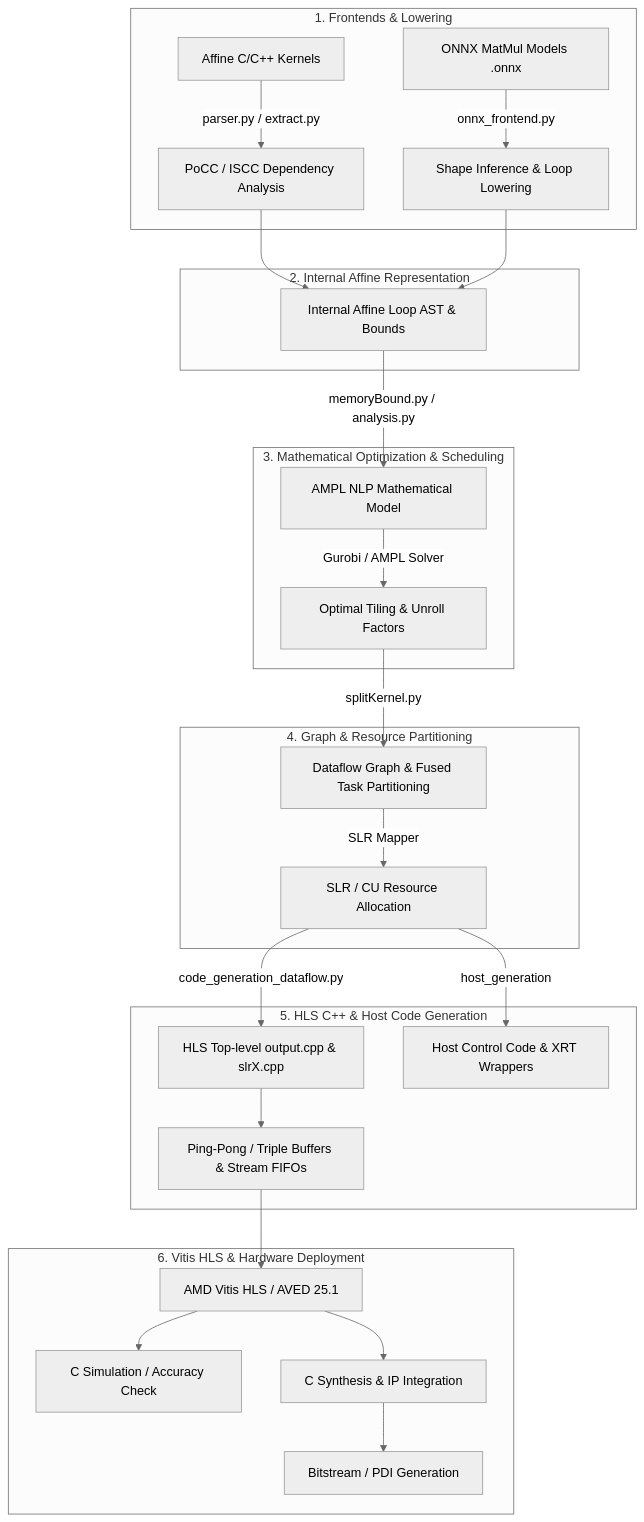
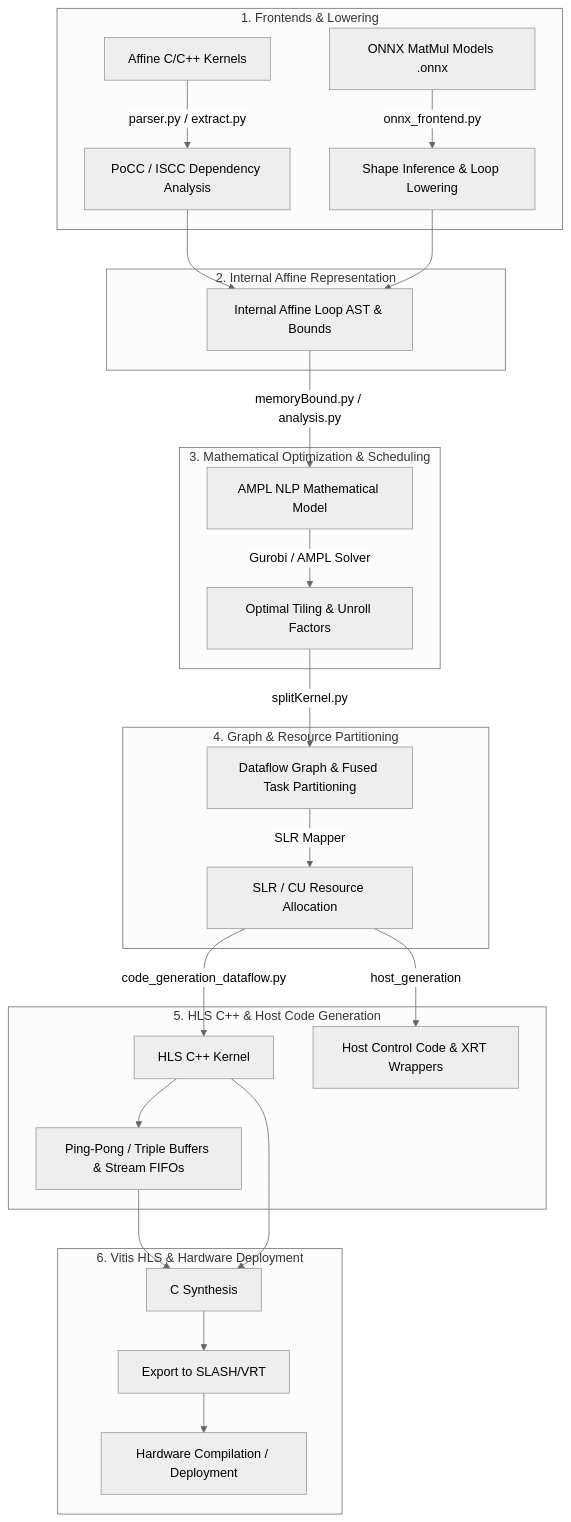
Before and after one commit to lockezhan/AutoHLS_Flow: the diagram in README.md, drawn with Mermaid (neutral theme). The commit also changed other lines of this file and 9 other files, not shown here.

First line of the commit message:
fix(v80): resolve P0 issues for SLASH integration

````diff
--- a/README.md
+++ b/README.md
@@ -11,35 +11,35 @@
 ```mermaid
 flowchart TD
     subgraph Frontends ["1. Frontends & Lowering"]
         A1[Affine C/C++ Kernels] -->|parser.py / extract.py| PoCC[PoCC / ISCC Dependency Analysis]
         A2[ONNX MatMul Models .onnx] -->|onnx_frontend.py| Lower[Shape Inference & Loop Lowering]
     end
 
     subgraph IR ["2. Internal Affine Representation"]
         PoCC --> IR_AST[Internal Affine Loop AST & Bounds]
         Lower --> IR_AST
     end
 
     subgraph Optimization ["3. Mathematical Optimization & Scheduling"]
         IR_AST -->|memoryBound.py / analysis.py| NLP[AMPL NLP Mathematical Model]
         NLP -->|Gurobi / AMPL Solver| Sol[Optimal Tiling & Unroll Factors]
     end
 
     subgraph Partitioning ["4. Graph & Resource Partitioning"]
         Sol -->|splitKernel.py| Dataflow[Dataflow Graph & Fused Task Partitioning]
         Dataflow -->|SLR Mapper| SLR[SLR / CU Resource Allocation]
     end
 
     subgraph CodeGen ["5. HLS C++ & Host Code Generation"]
         SLR -->|code_generation_dataflow.py| HLS[HLS Top-level output.cpp & slrX.cpp]
         SLR -->|host_generation| Host[Host Control Code & XRT Wrappers]
         HLS --> Buffers[Ping-Pong / Triple Buffers & Stream FIFOs]
     end
 
     subgraph Synthesis ["6. Vitis HLS & Hardware Deployment"]
         Buffers --> Vitis[AMD Vitis HLS / AVED 25.1]
-        Vitis --> CSIM[C Simulation / Accuracy Check]
-        Vitis --> Synth[C Synthesis & IP Integration]
-        Synth --> PDI[Bitstream / PDI Generation]
+        HLS[HLS C++ Kernel] --> Vitis[C Synthesis]
+        Vitis --> Export[Export to SLASH/VRT]
+        Export --> HW[Hardware Compilation / Deployment]
     end
 ```
````
